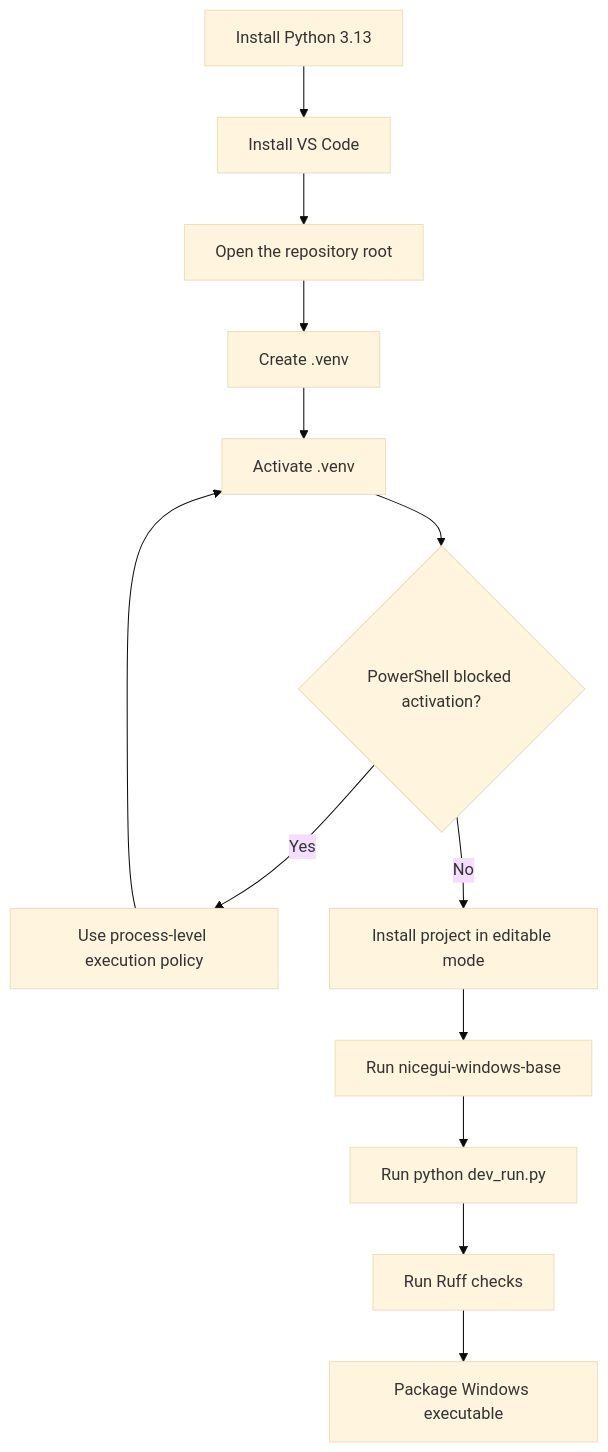
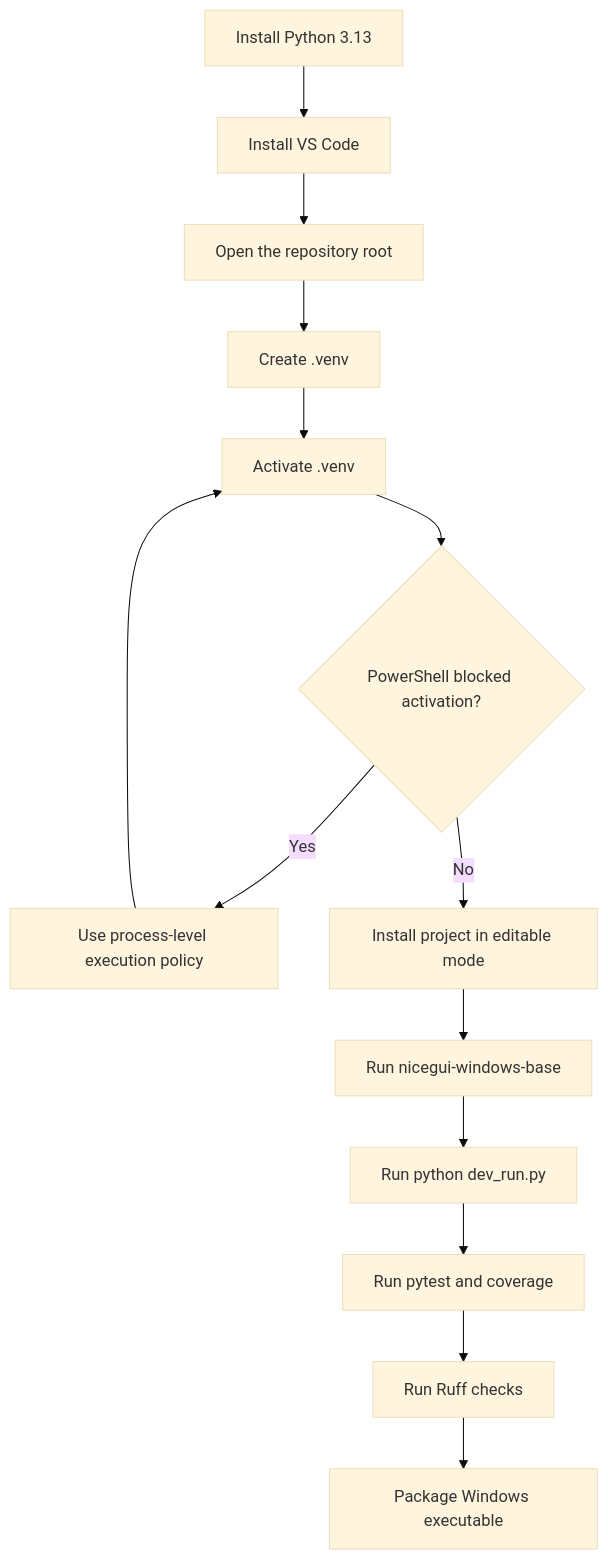
One commit to Fonze81/NiceGui-Windows-Base changed the diagram in docs/development_environment.md. Above: the diagram before and after it, drawn with Mermaid (base theme). The commit also changed other lines of this file and 15 other files, not shown here.

````diff
--- a/docs/development_environment.md
+++ b/docs/development_environment.md
@@ -23,15 +23,16 @@
 ```mermaid
 flowchart TD
     A[Install Python 3.13] --> B[Install VS Code]
     B --> C[Open the repository root]
     C --> D[Create .venv]
     D --> E[Activate .venv]
     E --> F{PowerShell blocked activation?}
     F -- Yes --> G[Use process-level execution policy]
     G --> E
     F -- No --> H[Install project in editable mode]
     H --> I[Run nicegui-windows-base]
     I --> J[Run python dev_run.py]
-    J --> K[Run Ruff checks]
-    K --> L[Package Windows executable]
+    J --> K[Run pytest and coverage]
+    K --> L[Run Ruff checks]
+    L --> M[Package Windows executable]
 ```
````
